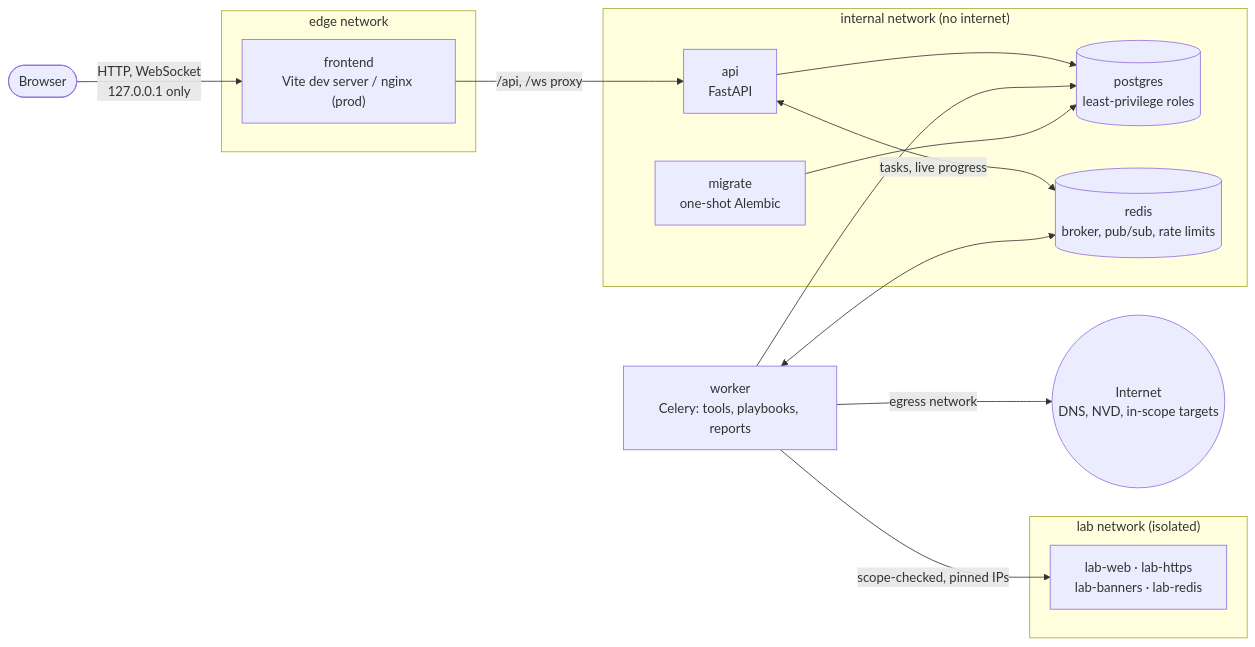
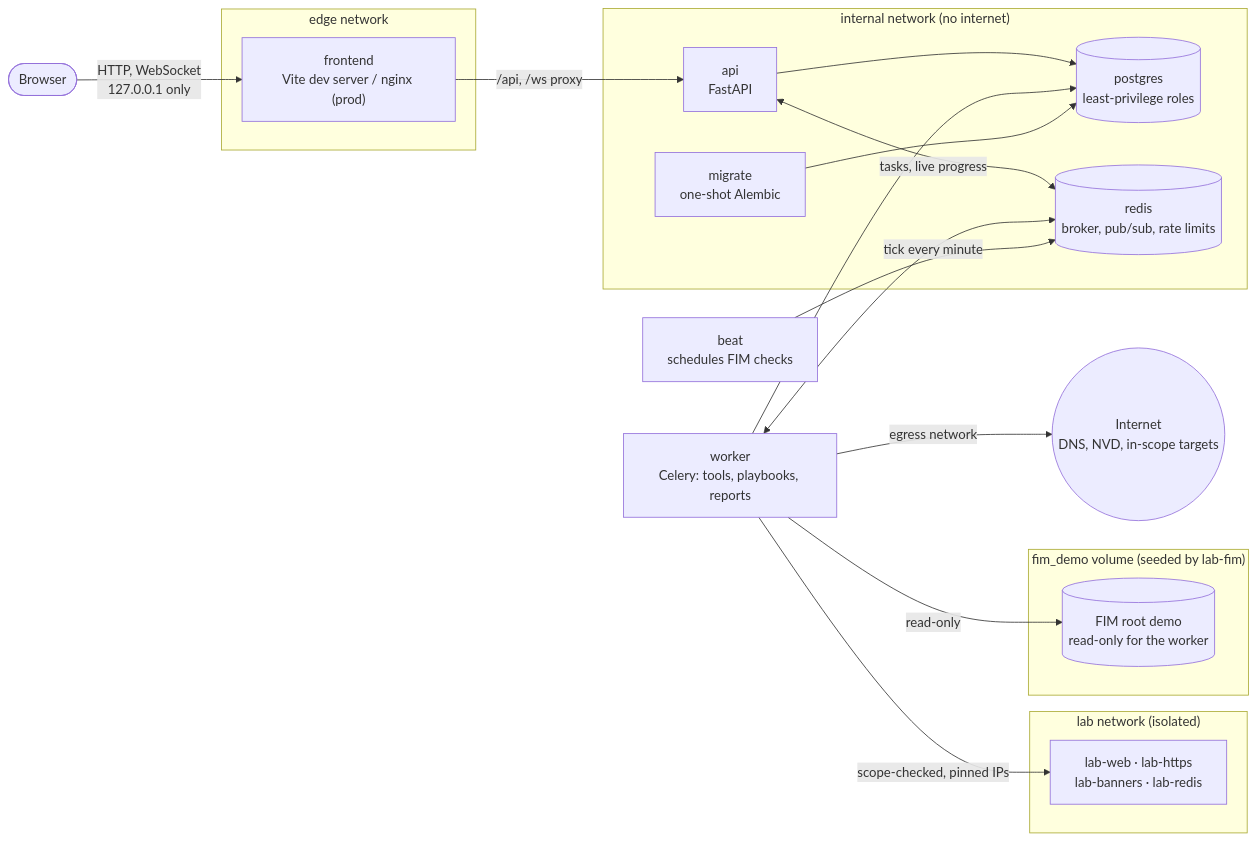
Before and after one commit to Anshuman-Singh-14/sentinel: the diagram in README.md, drawn with Mermaid. The commit also changed other lines of this file and 4 other files, not shown here.

````diff
--- a/README.md
+++ b/README.md
@@ -159,33 +161,40 @@
 ```mermaid
 flowchart LR
     user([Browser])
 
     subgraph edge [edge network]
         fe["frontend<br/>Vite dev server / nginx (prod)"]
     end
 
     subgraph internal ["internal network (no internet)"]
         api["api<br/>FastAPI"]
         pg[("postgres<br/>least-privilege roles")]
         rd[("redis<br/>broker, pub/sub, rate limits")]
         mig["migrate<br/>one-shot Alembic"]
     end
 
     worker["worker<br/>Celery: tools, playbooks, reports"]
+    beat["beat<br/>schedules FIM checks"]
 
     subgraph lab ["lab network (isolated)"]
         targets["lab-web · lab-https<br/>lab-banners · lab-redis"]
+    end
+
+    subgraph fimvol ["fim_demo volume (seeded by lab-fim)"]
+        fimroot[("FIM root demo<br/>read-only for the worker")]
     end
 
     internet((Internet<br/>DNS, NVD, in-scope targets))
 
     user -->|"HTTP, WebSocket<br/>127.0.0.1 only"| fe
     fe -->|"/api, /ws proxy"| api
     api --> pg
     api <-->|"tasks, live progress"| rd
     worker <--> rd
+    beat -->|"tick every minute"| rd
+    worker -->|"read-only"| fimroot
     worker --> pg
     mig --> pg
     worker -->|"scope-checked, pinned IPs"| targets
     worker -->|"egress network"| internet
 ```
````
